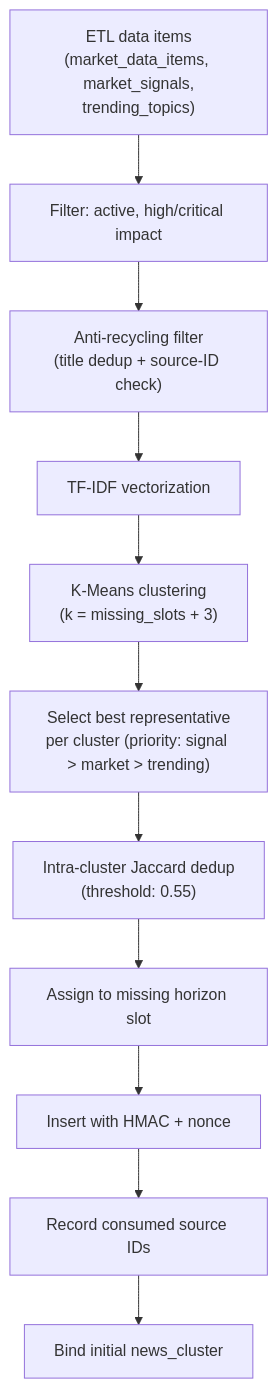
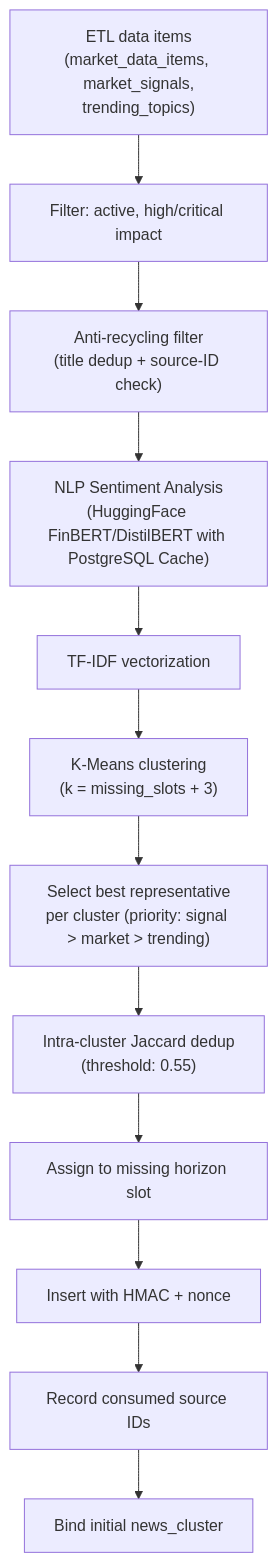
One commit to siabang35/anchor-solana changed the third of 3 diagrams in documentation/Competition-System.md. Above: the diagram before and after it, drawn with Mermaid. The commit also changed other lines of this file and 11 other files, not shown here.

Commit message:
fix on nlp sentiment analysis

````diff
--- a/documentation/Competition-System.md
+++ b/documentation/Competition-System.md
@@ -257,13 +265,14 @@
 ```mermaid
 graph TD
     A["ETL data items<br/>(market_data_items, market_signals,<br/>trending_topics)"] --> B["Filter: active, high/critical impact"]
     B --> C["Anti-recycling filter<br/>(title dedup + source-ID check)"]
-    C --> D["TF-IDF vectorization"]
+    C --> NLP["NLP Sentiment Analysis<br/>(HuggingFace FinBERT/DistilBERT with PostgreSQL Cache)"]
+    NLP --> D["TF-IDF vectorization"]
     D --> E["K-Means clustering<br/>(k = missing_slots + 3)"]
     E --> F["Select best representative<br/>per cluster (priority: signal > market > trending)"]
     F --> G["Intra-cluster Jaccard dedup<br/>(threshold: 0.55)"]
     G --> H["Assign to missing horizon slot"]
     H --> I["Insert with HMAC + nonce"]
     I --> J["Record consumed source IDs"]
     J --> K["Bind initial news_cluster"]
 ```
````
